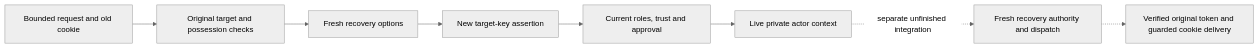
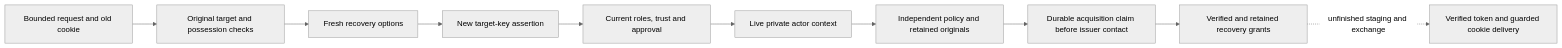
Before and after one commit to AndrewMohawk/catchplate: the first of 2 diagrams in docs/oidc-session-activation-public-recovery.md, drawn with Mermaid (neutral theme). The commit also changed other lines of this file and 23 other files, not shown here.

Commit message:
feat(auth): connect recovery actor to durable grant acquisition

````diff
--- a/docs/oidc-session-activation-public-recovery.md
+++ b/docs/oidc-session-activation-public-recovery.md
@@ -33,10 +34,12 @@
 ```mermaid
 flowchart LR
   R[Bounded request and old cookie] --> E[Original target and possession checks]
   E --> O[Fresh recovery options]
   O --> W[New target-key assertion]
   W --> A[Current roles, trust and approval]
   A --> P[Live private actor context]
-  P -. separate unfinished integration .-> D[Fresh recovery authority and dispatch]
-  D -.-> C[Verified original token and guarded cookie delivery]
+  P --> I[Independent policy and retained originals]
+  I --> D[Durable acquisition claim before issuer contact]
+  D --> G[Verified and retained recovery grants]
+  G -. unfinished staging and exchange .-> C[Verified token and guarded cookie delivery]
 ```
````
